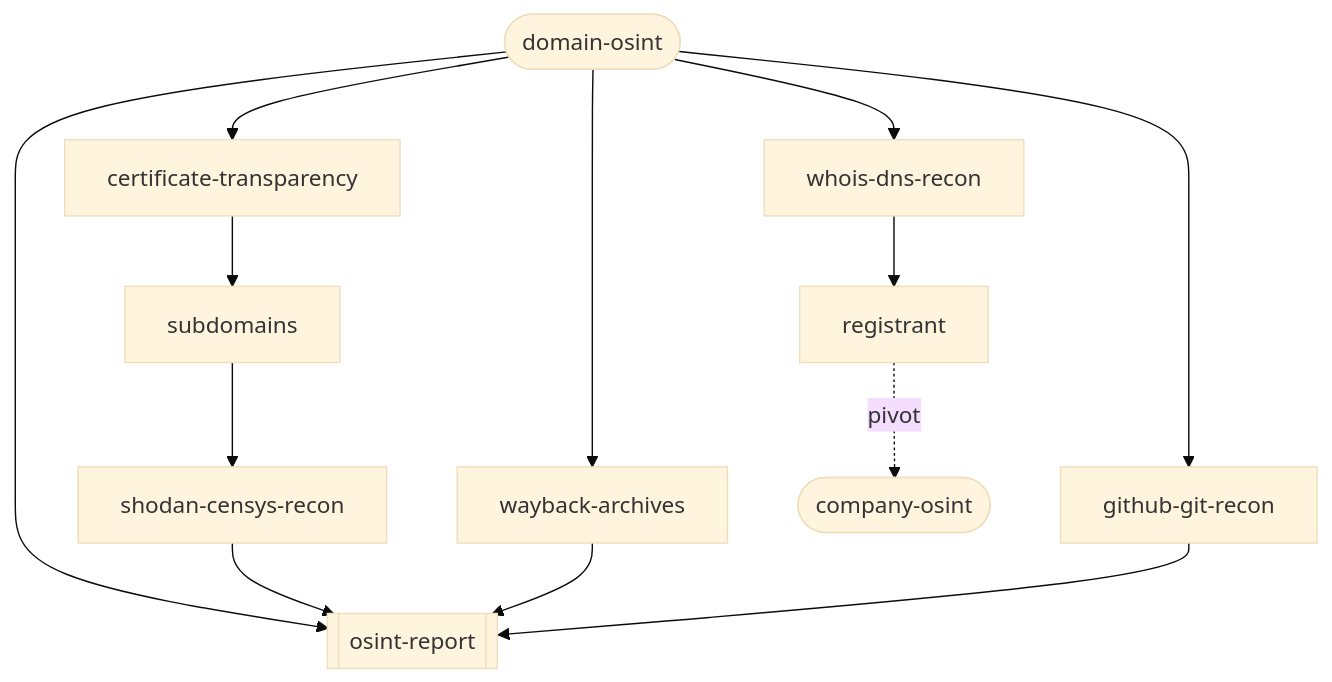
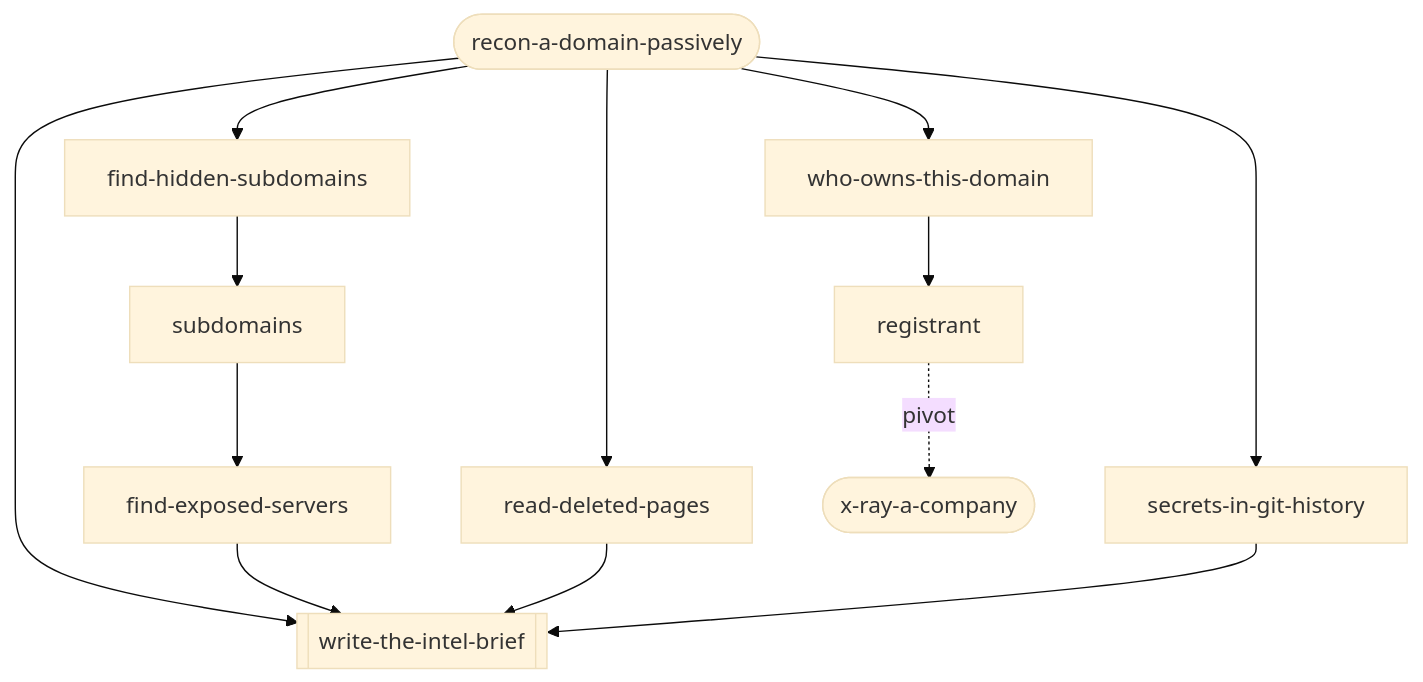
The third of 3 diagrams in README.md (useosint/osint-skills), drawn with Mermaid (base theme) before and after one commit. The commit also changed other lines of this file and 110 other files, not shown here.

````diff
--- a/README.md
+++ b/README.md
@@ -169,14 +176,14 @@
 ```mermaid
 flowchart TD
-    D([domain-osint]) --> W[whois-dns-recon]
-    D --> CT[certificate-transparency]
-    D --> WB[wayback-archives]
-    D --> GH[github-git-recon]
+    D([recon-a-domain-passively]) --> W[who-owns-this-domain]
+    D --> CT[find-hidden-subdomains]
+    D --> WB[read-deleted-pages]
+    D --> GH[secrets-in-git-history]
     CT --> SUB[subdomains]
-    SUB --> SH[shodan-censys-recon]
-    W --> OWN[registrant] -.pivot.-> CO([company-osint])
-    D --> RPT[[osint-report]]
+    SUB --> SH[find-exposed-servers]
+    W --> OWN[registrant] -.pivot.-> CO([x-ray-a-company])
+    D --> RPT[[write-the-intel-brief]]
     SH --> RPT
     WB --> RPT
     GH --> RPT
 ```
````
